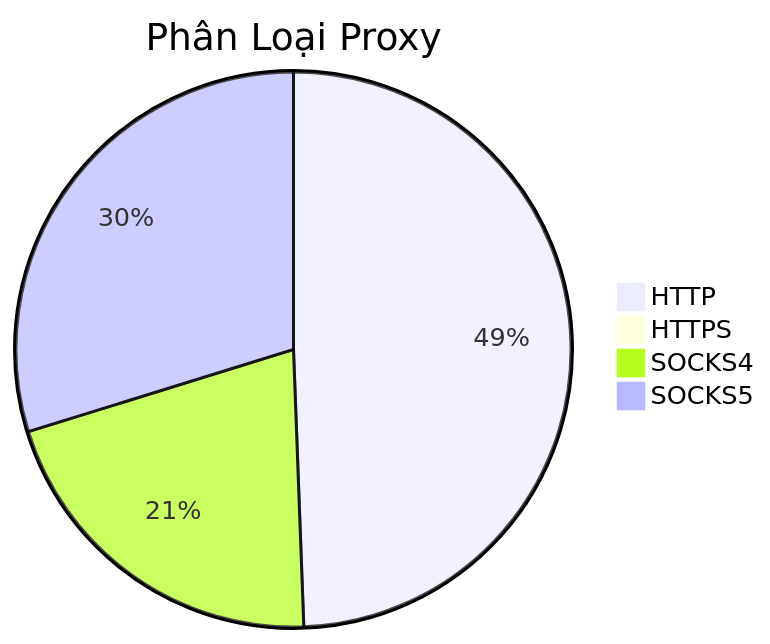
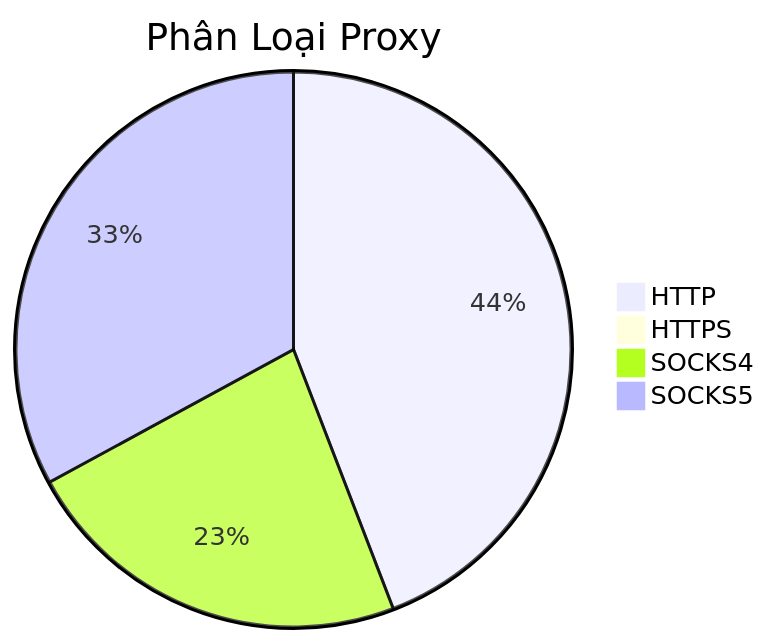
One commit to Ciara-12/PROXY-free changed the diagram in README.md. Above: the diagram before and after it, drawn with Mermaid. The commit also changed other lines of this file and 4 other files, not shown here.

````diff
--- a/README.md
+++ b/README.md
@@ -26,7 +26,7 @@
 ```mermaid
 pie title Phân Loại Proxy
-    "HTTP" : 584
-    "HTTPS" : 0
-    "SOCKS4" : 246
+    "HTTP" : 472
+    "HTTPS" : 2
+    "SOCKS4" : 245
     "SOCKS5" : 352
 ```
````
